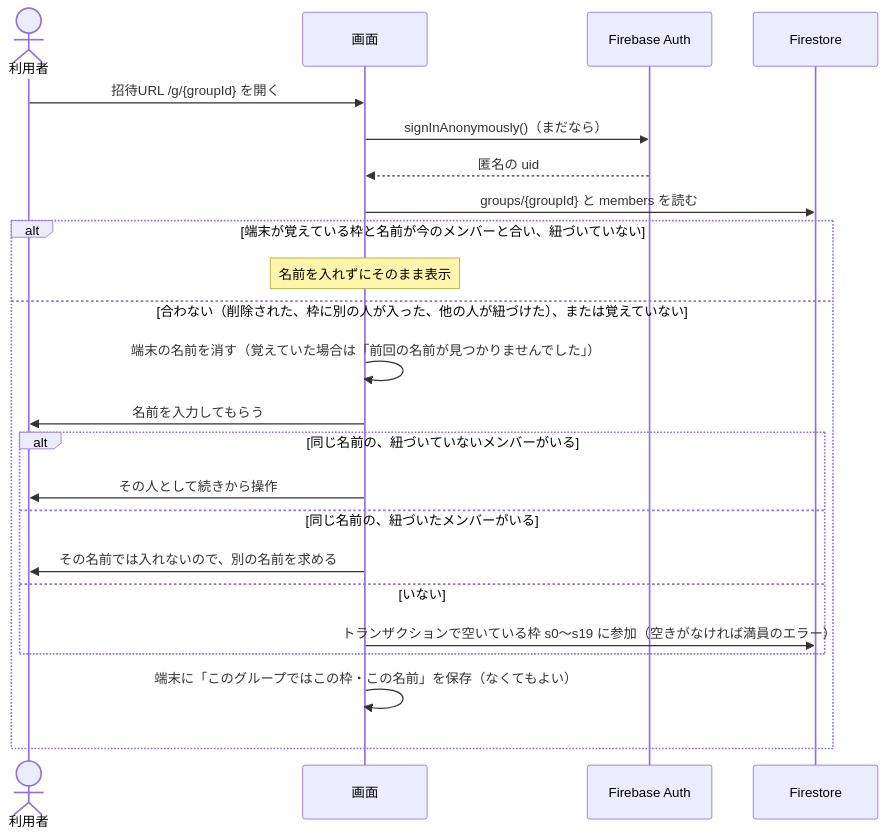
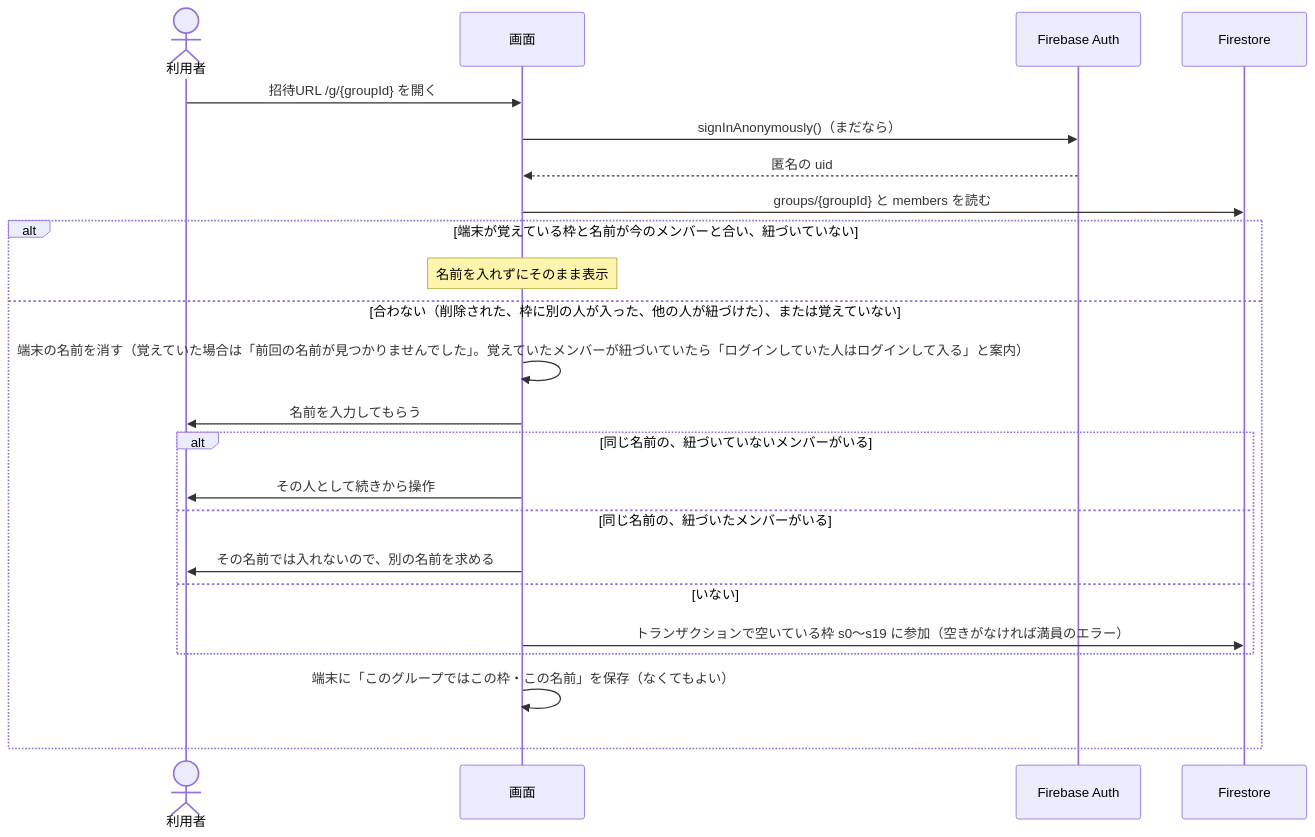
One commit to yuppy52/tabikaigi-map changed the first of 5 diagrams in docs/design/auth-flow.md. Above: the diagram before and after it, drawn with Mermaid. The commit also changed other lines of this file and 9 other files, not shown here.

````diff
--- a/docs/design/auth-flow.md
+++ b/docs/design/auth-flow.md
@@ -9,26 +9,26 @@
 ```mermaid
 sequenceDiagram
   actor U as 利用者
   participant App as 画面
   participant Auth as Firebase Auth
   participant DB as Firestore
 
   U->>App: 招待URL /g/{groupId} を開く
   App->>Auth: signInAnonymously()（まだなら）
   Auth-->>App: 匿名の uid
   App->>DB: groups/{groupId} と members を読む
   alt 端末が覚えている枠と名前が今のメンバーと合い、紐づいていない
     Note over App: 名前を入れずにそのまま表示
   else 合わない（削除された、枠に別の人が入った、他の人が紐づけた）、または覚えていない
-    App->>App: 端末の名前を消す（覚えていた場合は「前回の名前が見つかりませんでした」）
+    App->>App: 端末の名前を消す（覚えていた場合は「前回の名前が見つかりませんでした」。覚えていたメンバーが紐づいていたら「ログインしていた人はログインして入る」と案内）
     App->>U: 名前を入力してもらう
     alt 同じ名前の、紐づいていないメンバーがいる
       App->>U: その人として続きから操作
     else 同じ名前の、紐づいたメンバーがいる
       App->>U: その名前では入れないので、別の名前を求める
     else いない
       App->>DB: トランザクションで空いている枠 s0〜s19 に参加（空きがなければ満員のエラー）
     end
     App->>App: 端末に「このグループではこの枠・この名前」を保存（なくてもよい）
   end
 ```
````
